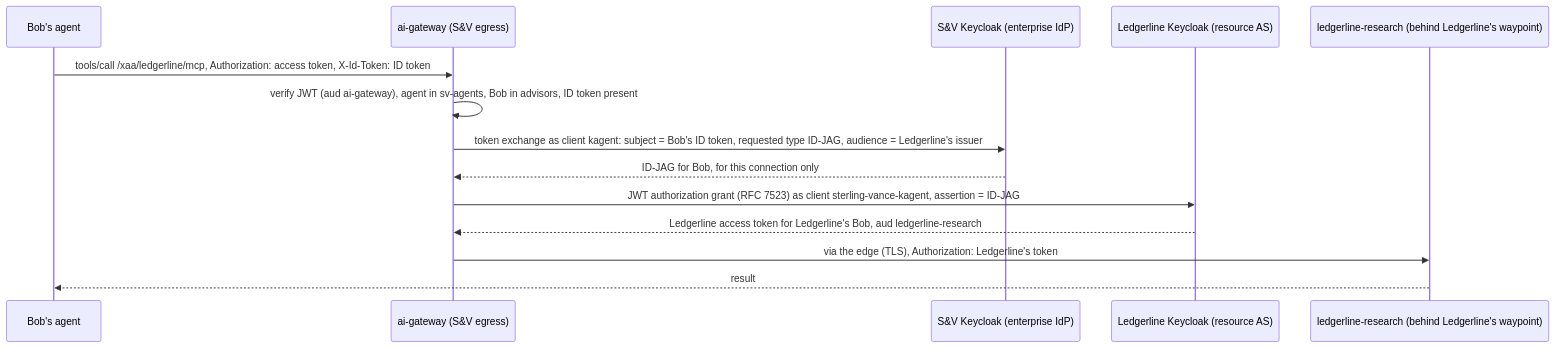
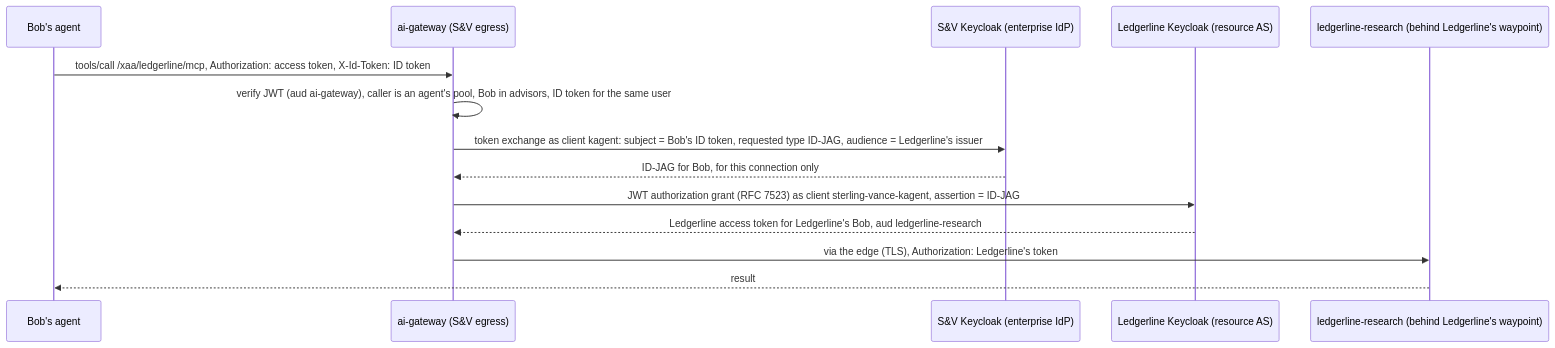
One commit to nickgamb/solo-lab changed the second of 3 diagrams in docs/IDENTITY-FLOWS.md. Above: the diagram before and after it, drawn with Mermaid. The commit also changed other lines of this file and 43 other files, not shown here.

````diff
--- a/docs/IDENTITY-FLOWS.md
+++ b/docs/IDENTITY-FLOWS.md
@@ -101,16 +111,16 @@
 ```mermaid
 sequenceDiagram
   participant A as Bob's agent
   participant G as ai-gateway (S&V egress)
   participant K as S&V Keycloak (enterprise IdP)
   participant L as Ledgerline Keycloak (resource AS)
   participant R as ledgerline-research (behind Ledgerline's waypoint)
   A->>G: tools/call /xaa/ledgerline/mcp, Authorization: access token, X-Id-Token: ID token
-  G->>G: verify JWT (aud ai-gateway), agent in sv-agents, Bob in advisors, ID token present
+  G->>G: verify JWT (aud ai-gateway), caller is an agent's pool, Bob in advisors, ID token for the same user
   G->>K: token exchange as client kagent: subject = Bob's ID token, requested type ID-JAG, audience = Ledgerline's issuer
   K-->>G: ID-JAG for Bob, for this connection only
   G->>L: JWT authorization grant (RFC 7523) as client sterling-vance-kagent, assertion = ID-JAG
   L-->>G: Ledgerline access token for Ledgerline's Bob, aud ledgerline-research
   G->>R: via the edge (TLS), Authorization: Ledgerline's token
   R-->>A: result
 ```
````
